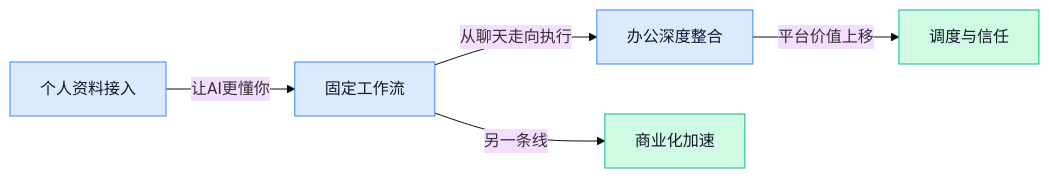
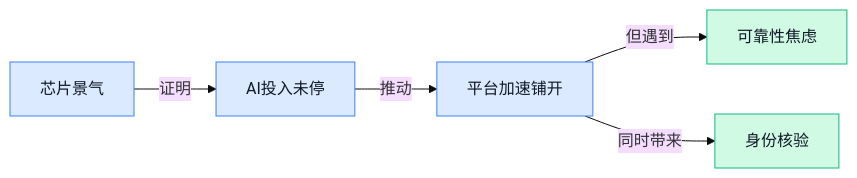
Before and after one commit to ylzsdafei/ai-daily-site: the diagram in content/cn/2026/2026-04/2026-04-16.md, drawn with Mermaid (base theme). The commit also changed other lines of this file and 4 other files, not shown here.

````diff
--- a/content/cn/2026/2026-04/2026-04-16.md
+++ b/content/cn/2026/2026-04/2026-04-16.md
@@ -131,11 +130,11 @@
 ```mermaid
 graph LR
-A[个人资料接入] -->|让AI更懂你| B[固定工作流]
-B -->|从聊天走向执行| C[办公深度整合]
-C -->|平台价值上移| D[调度与信任]
-B -->|另一条线| E[商业化加速]
+A[芯片景气] -->|证明| B[AI投入未停]
+B -->|推动| C[平台加速铺开]
+C -->|但遇到| D[可靠性焦虑]
+C -->|同时带来| E[身份核验]
+classDef blue fill:#dbeafe,stroke:#3b82f6,color:#111827
+classDef green fill:#d1fae5,stroke:#10b981,color:#111827
 class A,B,C blue
 class D,E green
-classDef blue fill:#dbeafe,stroke:#3b82f6,color:#111827
-classDef green fill:#d1fae5,stroke:#10b981,color:#111827
 ```
````
